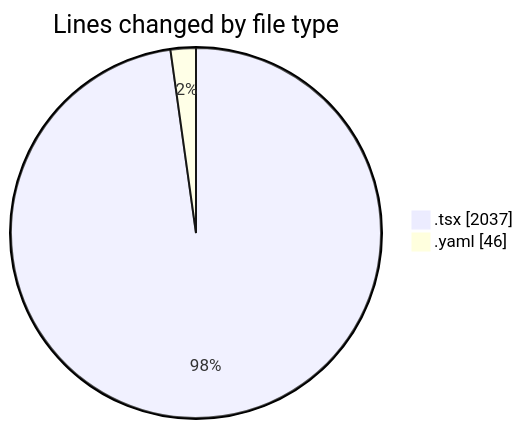
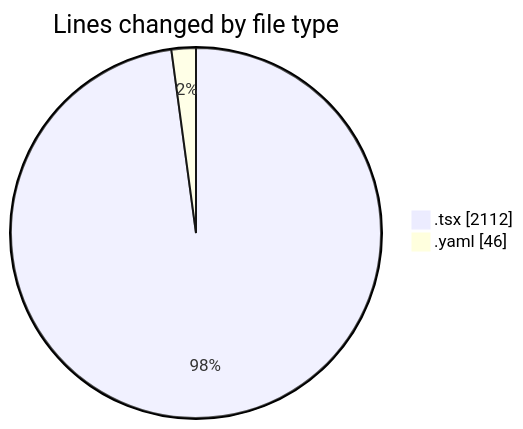
Before and after one commit to momahboobian/code-tracking: the first of 2 diagrams in 2025-11-20/cda/README.md, drawn with Mermaid. The commit also changed other lines of this file and 1 other file, not shown here.

````diff
--- a/2025-11-20/cda/README.md
+++ b/2025-11-20/cda/README.md
@@ -29,6 +30,6 @@
 ```mermaid
 pie showData
 title Lines changed by file type
-".tsx" : 2037
+".tsx" : 2112
 ".yaml" : 46
 ```
````
